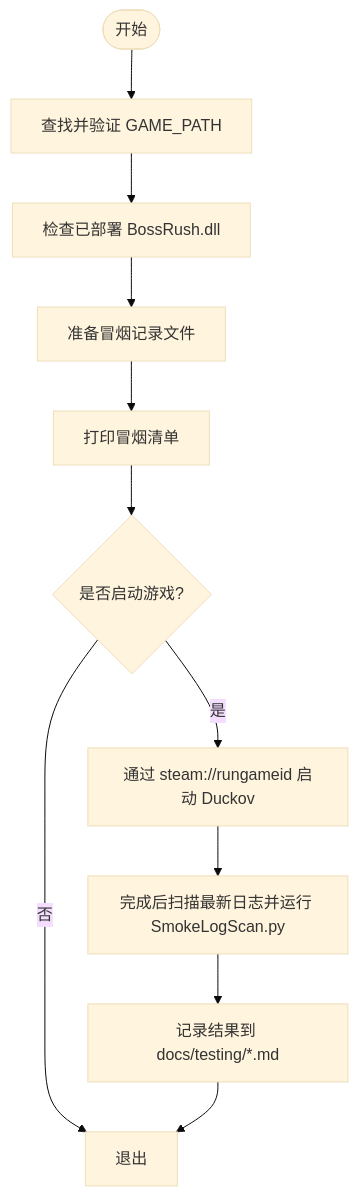
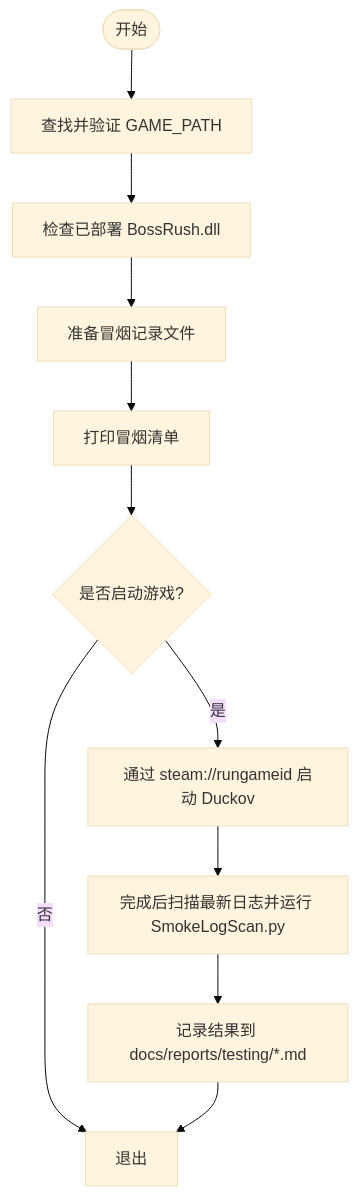
The fifth of 9 diagrams in .qoder/repowiki/zh/content/项目概览/技术架构概览/构建系统与编译流程.md (GASEN1216/BossRushMod), drawn with Mermaid (base theme) before and after one commit. The commit also changed other lines of this file and 115 other files, not shown here.

````diff
--- a/.qoder/repowiki/zh/content/项目概览/技术架构概览/构建系统与编译流程.md
+++ b/.qoder/repowiki/zh/content/项目概览/技术架构概览/构建系统与编译流程.md
@@ -173,13 +173,13 @@
 ```mermaid
 flowchart TD
 Start(["开始"]) --> FindGame["查找并验证 GAME_PATH"]
 FindGame --> CheckDLL["检查已部署 BossRush.dll"]
 CheckDLL --> PrepareNote["准备冒烟记录文件"]
 PrepareNote --> PrintList["打印冒烟清单"]
 PrintList --> Launch{"是否启动游戏?"}
 Launch --> |是| Steam["通过 steam://rungameid 启动 Duckov"]
 Launch --> |否| Exit["退出"]
 Steam --> ScanLog["完成后扫描最新日志并运行 SmokeLogScan.py"]
-ScanLog --> Record["记录结果到 docs/testing/*.md"]
+ScanLog --> Record["记录结果到 docs/reports/testing/*.md"]
 Record --> Exit
 ```
````
